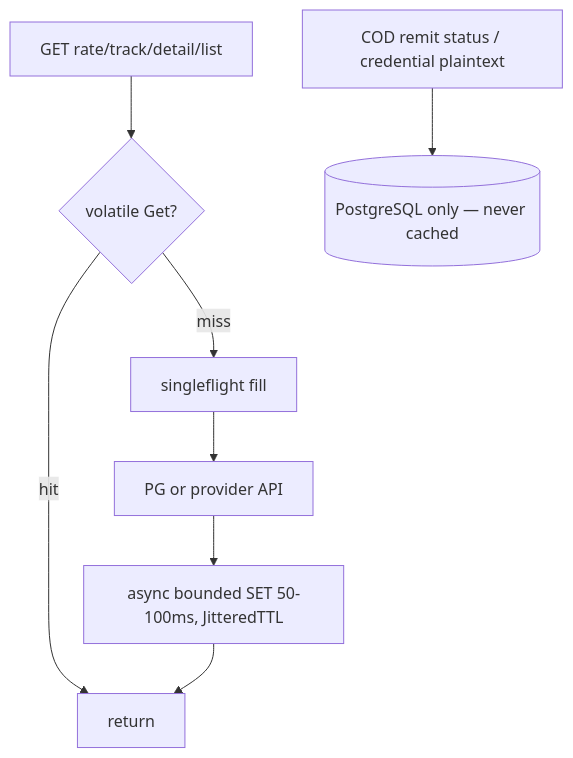
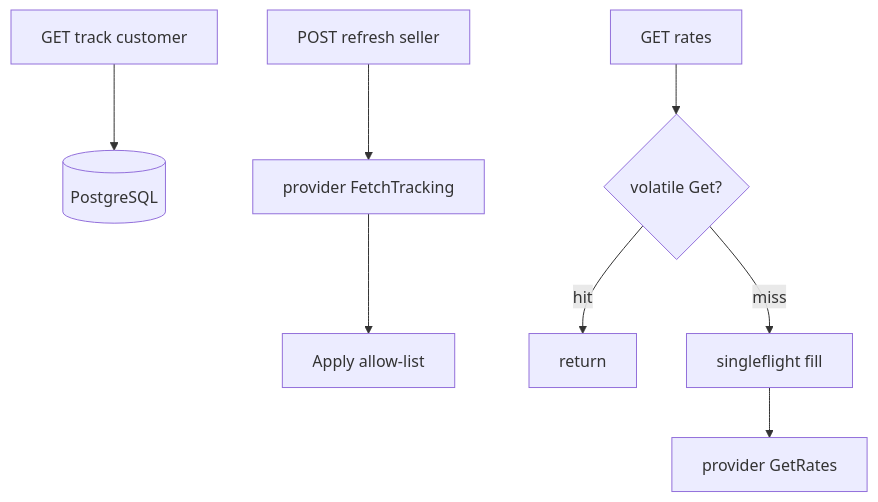
The fourth of 5 diagrams in specs/013-courier-fulfillment-platform/data-model.md (Zatu-ecom/ecommerce-be), drawn with Mermaid before and after one commit. The commit also changed other lines of this file and 1 other file, not shown here.

````diff
--- a/specs/013-courier-fulfillment-platform/data-model.md
+++ b/specs/013-courier-fulfillment-platform/data-model.md
@@ -80,10 +115,10 @@
 ```mermaid
 flowchart TD
-    R[GET rate/track/detail/list] --> C{volatile Get?}
+    R[GET track customer] --> PG[(PostgreSQL)]
+    S[POST refresh seller] --> P[provider FetchTracking]
+    P --> A[Apply allow-list]
+    RATE[GET rates] --> C{volatile Get?}
     C -- hit --> RET[return]
     C -- miss --> SF[singleflight fill]
-    SF --> P[PG or provider API]
-    P --> A[async bounded SET 50-100ms, JitteredTTL]
-    A --> RET
-    AUTH[COD remit status / credential plaintext] --> PG2[(PostgreSQL only — never cached)]
+    SF --> API[provider GetRates]
 ```
````
